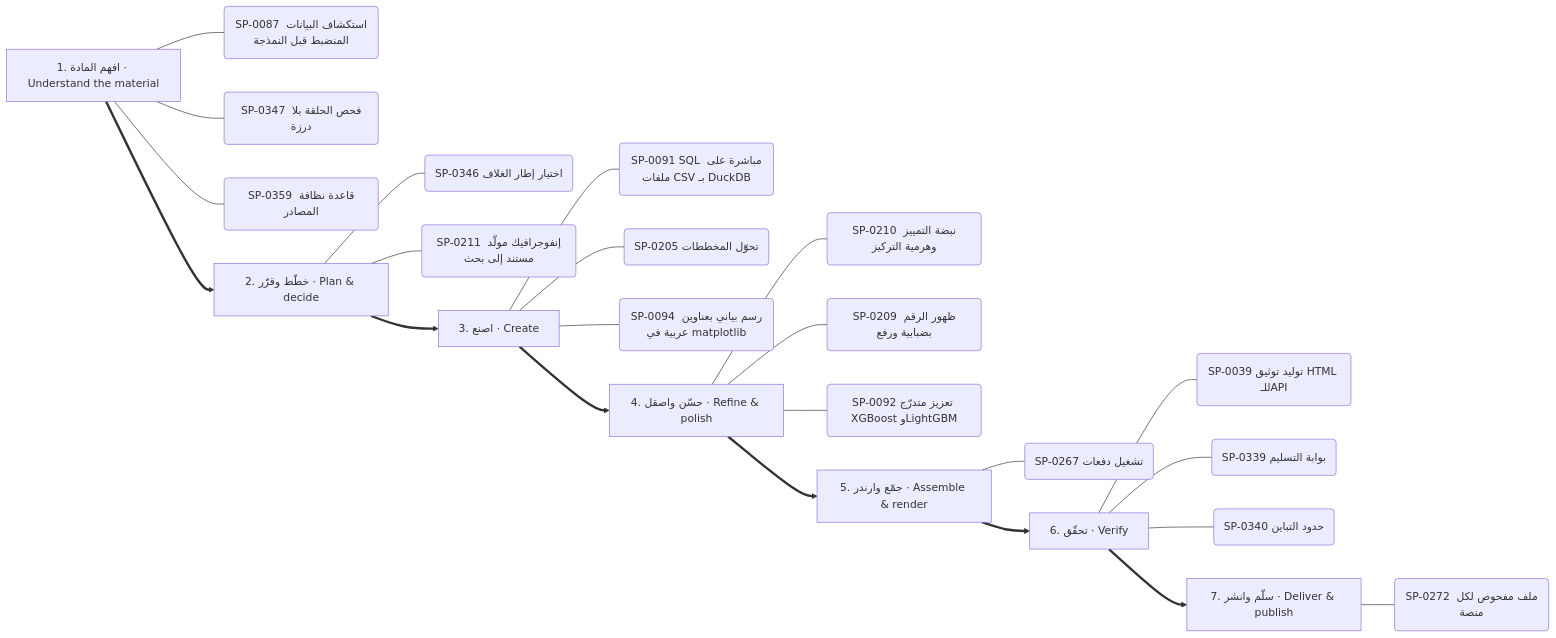
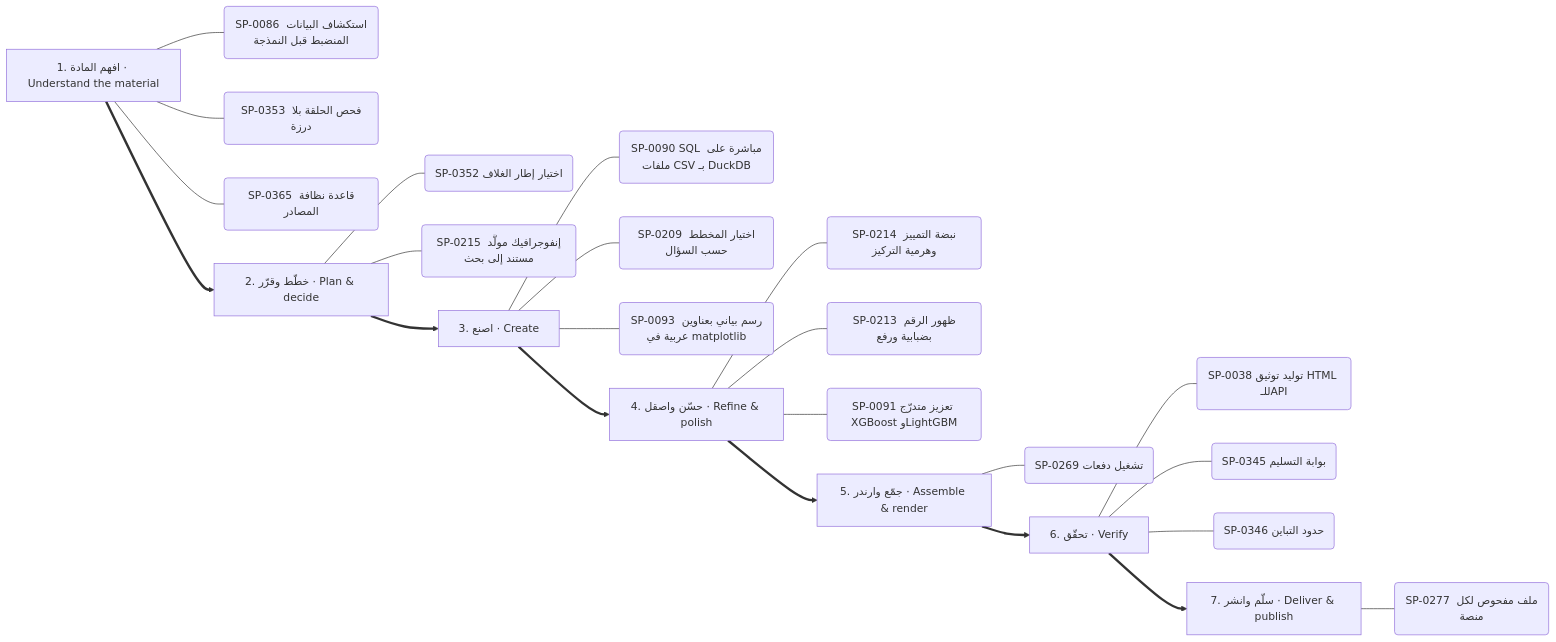
One commit to kosif199022-jpg/kosif-tool changed diagram 12 of 13 in .claude/skills/kosif-superpowers/references/capability-mindmap.md. Above: the diagram before and after it, drawn with Mermaid. The commit also changed other lines of this file and 146 other files, not shown here.

````diff
--- a/.claude/skills/kosif-superpowers/references/capability-mindmap.md
+++ b/.claude/skills/kosif-superpowers/references/capability-mindmap.md
@@ -592,32 +592,32 @@
 ```mermaid
 flowchart LR
   S0["1. افهم المادة · Understand the material"]
-  S0 --- S0_0("SP-0087 استكشاف البيانات المنضبط قبل النمذجة")
-  S0 --- S0_1("SP-0347 فحص الحلقة بلا درزة")
-  S0 --- S0_2("SP-0359 قاعدة نظافة المصادر")
+  S0 --- S0_0("SP-0086 استكشاف البيانات المنضبط قبل النمذجة")
+  S0 --- S0_1("SP-0353 فحص الحلقة بلا درزة")
+  S0 --- S0_2("SP-0365 قاعدة نظافة المصادر")
   S1["2. خطّط وقرّر · Plan & decide"]
-  S1 --- S1_0("SP-0346 اختيار إطار الغلاف")
-  S1 --- S1_1("SP-0211 إنفوجرافيك مولَّد مستند إلى بحث")
+  S1 --- S1_0("SP-0352 اختيار إطار الغلاف")
+  S1 --- S1_1("SP-0215 إنفوجرافيك مولَّد مستند إلى بحث")
   S0 ==> S1
   S2["3. اصنع · Create"]
-  S2 --- S2_0("SP-0091 SQL مباشرة على ملفات CSV بـ DuckDB")
-  S2 --- S2_1("SP-0205 تحوّل المخططات")
-  S2 --- S2_2("SP-0094 رسم بياني بعناوين عربية في matplotlib")
+  S2 --- S2_0("SP-0090 SQL مباشرة على ملفات CSV بـ DuckDB")
+  S2 --- S2_1("SP-0209 اختيار المخطط حسب السؤال")
+  S2 --- S2_2("SP-0093 رسم بياني بعناوين عربية في matplotlib")
   S1 ==> S2
   S3["4. حسّن واصقل · Refine & polish"]
-  S3 --- S3_0("SP-0210 نبضة التمييز وهرمية التركيز")
-  S3 --- S3_1("SP-0209 ظهور الرقم بضبابية ورفع")
-  S3 --- S3_2("SP-0092 تعزيز متدرّج XGBoost وLightGBM")
+  S3 --- S3_0("SP-0214 نبضة التمييز وهرمية التركيز")
+  S3 --- S3_1("SP-0213 ظهور الرقم بضبابية ورفع")
+  S3 --- S3_2("SP-0091 تعزيز متدرّج XGBoost وLightGBM")
   S2 ==> S3
   S4["5. جمّع وارندر · Assemble & render"]
-  S4 --- S4_0("SP-0267 تشغيل دفعات")
+  S4 --- S4_0("SP-0269 تشغيل دفعات")
   S3 ==> S4
   S5["6. تحقّق · Verify"]
-  S5 --- S5_0("SP-0039 توليد توثيق HTML للـAPI")
-  S5 --- S5_1("SP-0339 بوابة التسليم")
-  S5 --- S5_2("SP-0340 حدود التباين")
+  S5 --- S5_0("SP-0038 توليد توثيق HTML للـAPI")
+  S5 --- S5_1("SP-0345 بوابة التسليم")
+  S5 --- S5_2("SP-0346 حدود التباين")
   S4 ==> S5
   S6["7. سلّم وانشر · Deliver & publish"]
-  S6 --- S6_0("SP-0272 ملف مفحوص لكل منصة")
+  S6 --- S6_0("SP-0277 ملف مفحوص لكل منصة")
   S5 ==> S6
 ```
````
